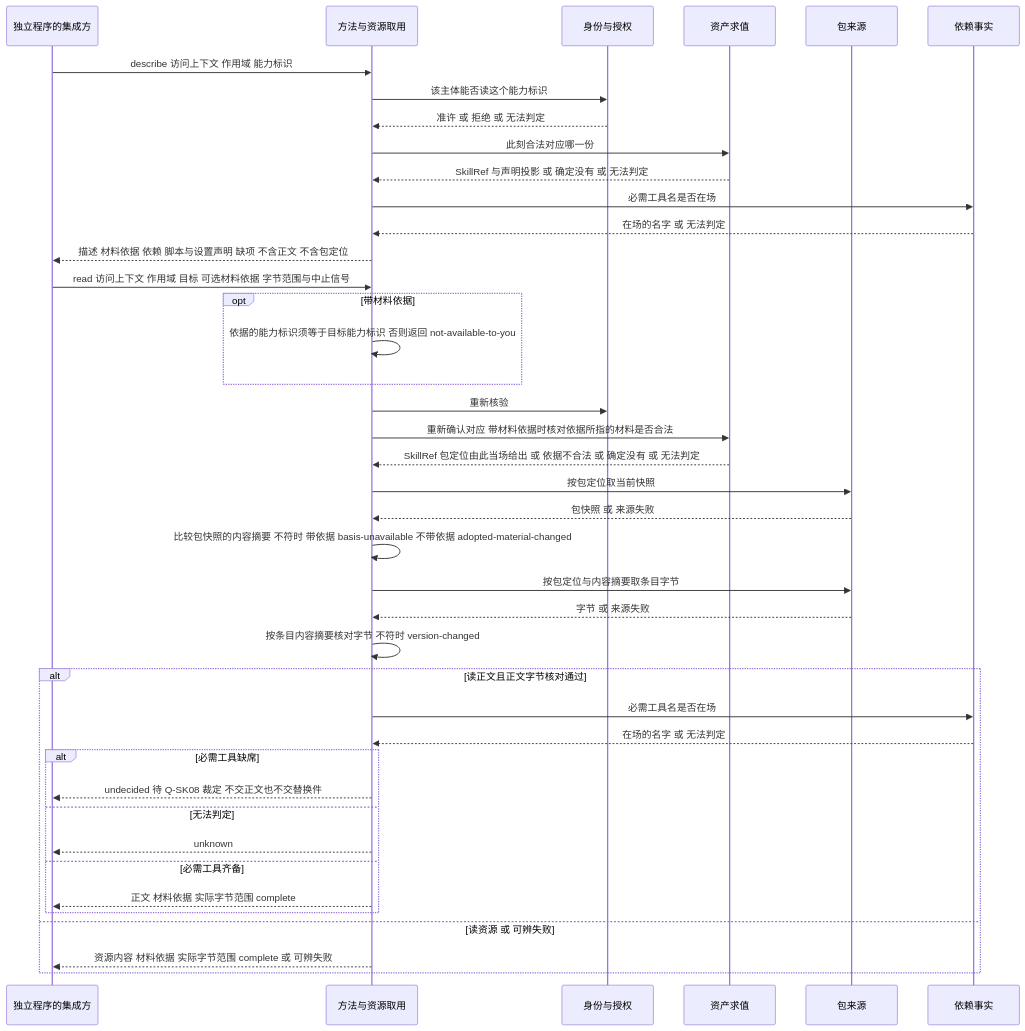
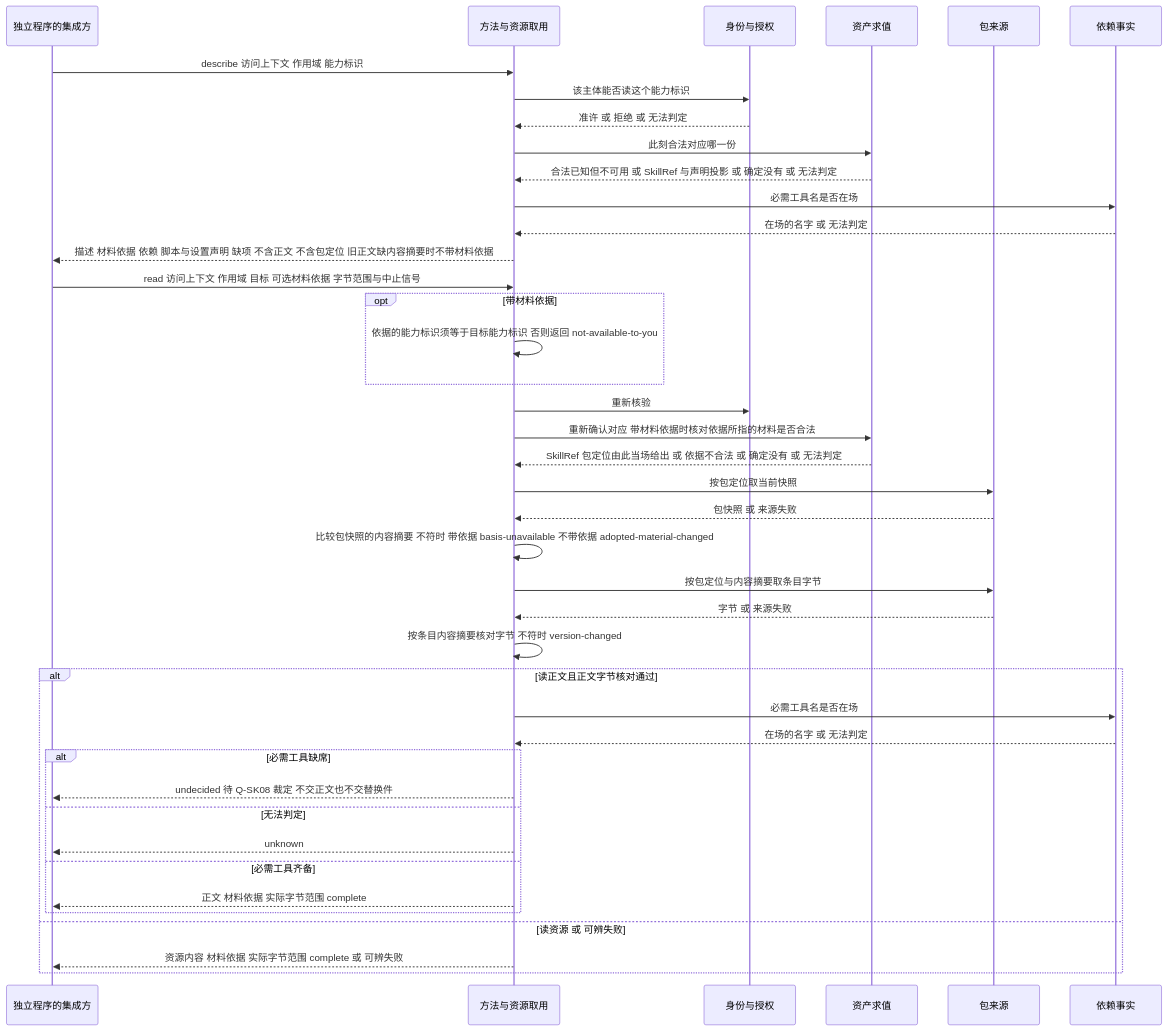
The second of 4 diagrams in docs/domains/skills/key-flows.md (nemori-ai/omne-harness-lite), drawn with Mermaid before and after one commit. The commit also changed other lines of this file and 4 other files, not shown here.

````diff
--- a/docs/domains/skills/key-flows.md
+++ b/docs/domains/skills/key-flows.md
@@ -43,43 +43,43 @@
 ```mermaid
 sequenceDiagram
   participant P as 独立程序的集成方
   participant A as 方法与资源取用
   participant I as 身份与授权
   participant R as 资产求值
   participant S as 包来源
   participant F as 依赖事实
   P->>A: describe 访问上下文 作用域 能力标识
   A->>I: 该主体能否读这个能力标识
   I-->>A: 准许 或 拒绝 或 无法判定
   A->>R: 此刻合法对应哪一份
-  R-->>A: SkillRef 与声明投影 或 确定没有 或 无法判定
+  R-->>A: 合法已知但不可用 或 SkillRef 与声明投影 或 确定没有 或 无法判定
   A->>F: 必需工具名是否在场
   F-->>A: 在场的名字 或 无法判定
-  A-->>P: 描述 材料依据 依赖 脚本与设置声明 缺项 不含正文 不含包定位
+  A-->>P: 描述 材料依据 依赖 脚本与设置声明 缺项 不含正文 不含包定位 旧正文缺内容摘要时不带材料依据
   P->>A: read 访问上下文 作用域 目标 可选材料依据 字节范围与中止信号
   opt 带材料依据
     A->>A: 依据的能力标识须等于目标能力标识 否则返回 not-available-to-you
   end
   A->>I: 重新核验
   A->>R: 重新确认对应 带材料依据时核对依据所指的材料是否合法
   R-->>A: SkillRef 包定位由此当场给出 或 依据不合法 或 确定没有 或 无法判定
   A->>S: 按包定位取当前快照
   S-->>A: 包快照 或 来源失败
   A->>A: 比较包快照的内容摘要 不符时 带依据 basis-unavailable 不带依据 adopted-material-changed
   A->>S: 按包定位与内容摘要取条目字节
   S-->>A: 字节 或 来源失败
   A->>A: 按条目内容摘要核对字节 不符时 version-changed
   alt 读正文且正文字节核对通过
     A->>F: 必需工具名是否在场
     F-->>A: 在场的名字 或 无法判定
     alt 必需工具缺席
       A-->>P: undecided 待 Q-SK08 裁定 不交正文也不交替换件
     else 无法判定
       A-->>P: unknown
     else 必需工具齐备
       A-->>P: 正文 材料依据 实际字节范围 complete
     end
   else 读资源 或 可辨失败
     A-->>P: 资源内容 材料依据 实际字节范围 complete 或 可辨失败
   end
 ```
````
